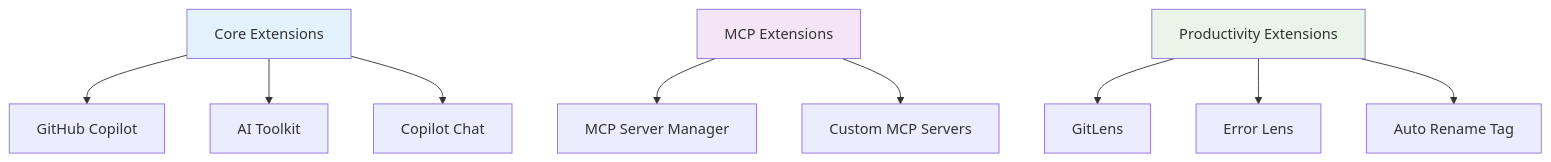
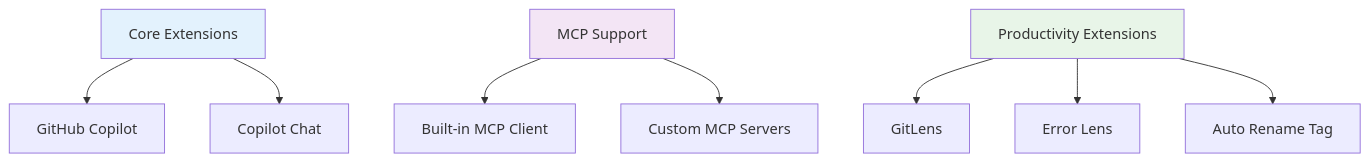
The sixth of 14 diagrams in 17_intent_based_dev_vs_code_copilot.md (raphaelmansuy/tutorials), drawn with Mermaid before and after one commit. The commit also changed other lines of this file, not shown here.

````diff
--- a/17_intent_based_dev_vs_code_copilot.md
+++ b/17_intent_based_dev_vs_code_copilot.md
@@ -209,17 +224,16 @@
 ```mermaid
 graph TD
     A[Core Extensions] --> B[GitHub Copilot]
-    A --> C[AI Toolkit]
-    A --> D[Copilot Chat]
+    A --> C[Copilot Chat]
     
-    E[MCP Extensions] --> F[MCP Server Manager]
+    E[MCP Support] --> F[Built-in MCP Client]
     E --> G[Custom MCP Servers]
     
     H[Productivity Extensions] --> I[GitLens]
     H --> J[Error Lens]
     H --> K[Auto Rename Tag]
     
     style A fill:#e3f2fd
     style E fill:#f3e5f5
     style H fill:#e8f5e8
 ```
````
